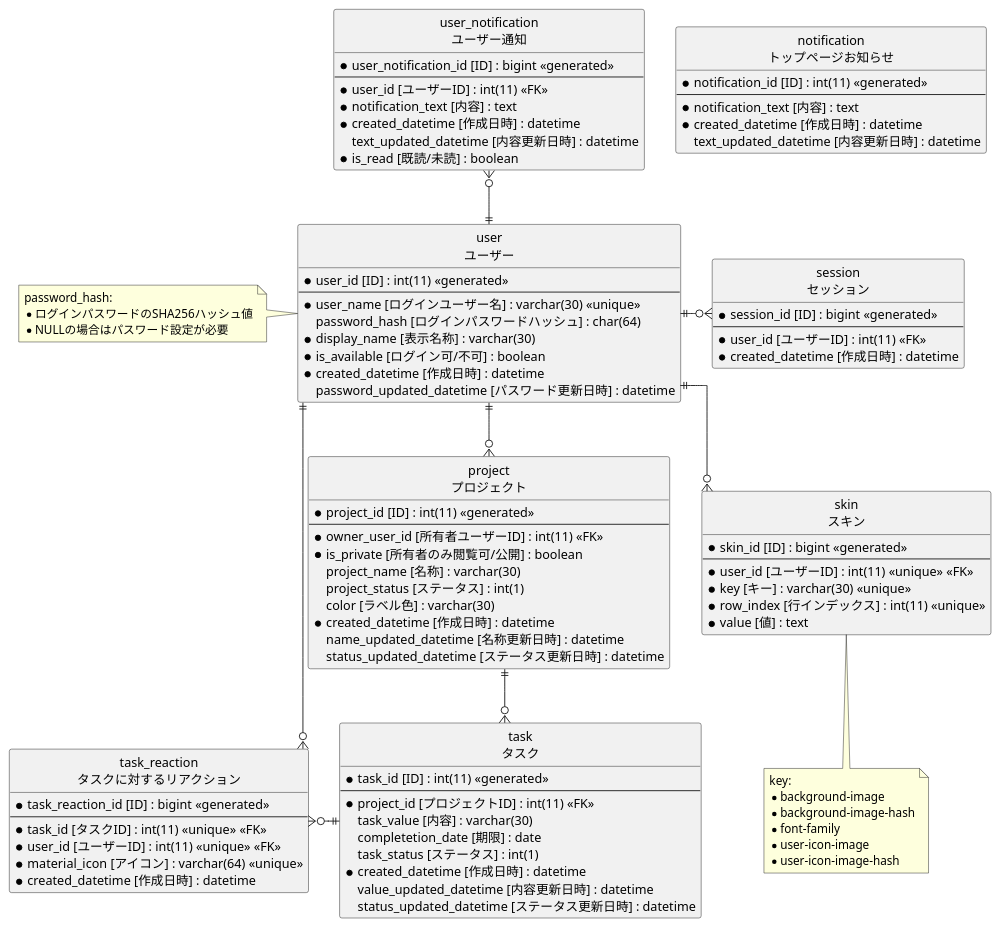
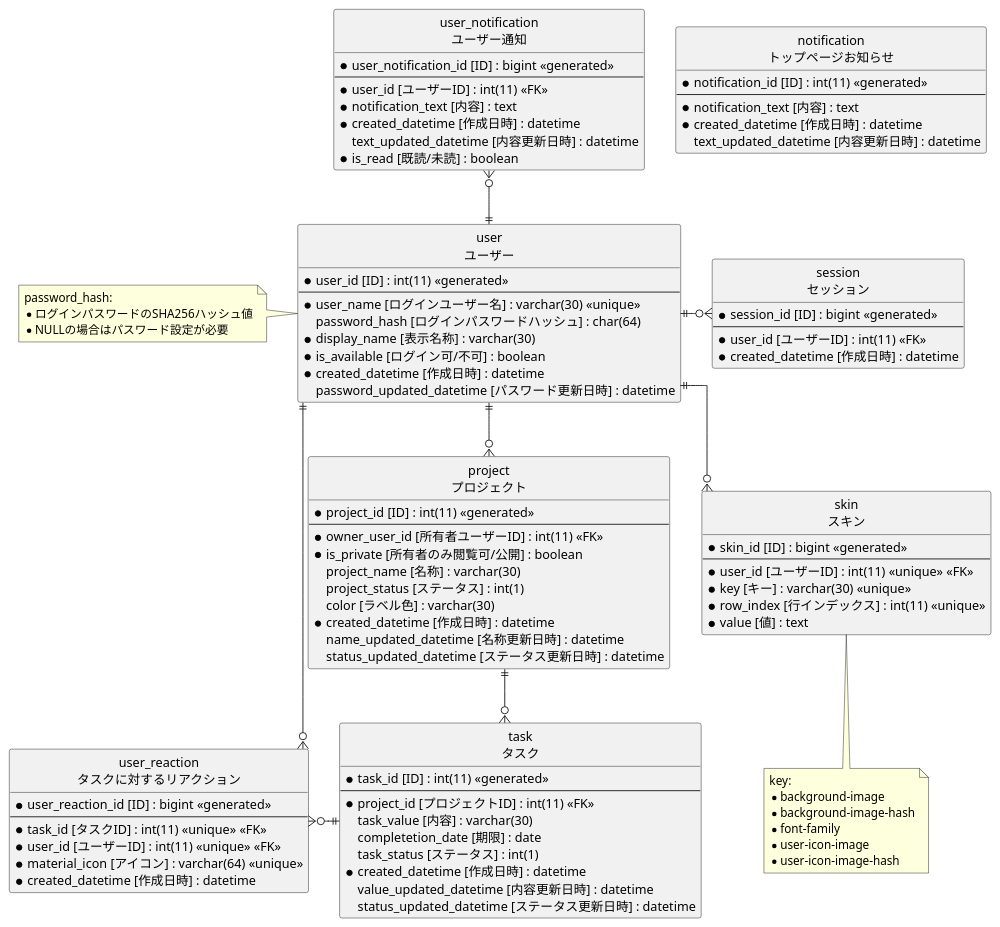
Before and after one commit to gtgjpj/todoApp: the diagram in todo/erd.puml, drawn with PlantUML. The commit also changed 1 other file, not shown here.

Commit message:
マルチユーザー対応 task_reaction→user_reaction変更

```diff
--- a/todo/erd.puml
+++ b/todo/erd.puml
@@ -1,104 +1,104 @@
 @startuml
 hide circle
 skinparam linetype ortho
 
 entity user as "user\nユーザー" {
   * user_id [ID] : int(11) <<generated>>
   --
   * user_name [ログインユーザー名] : varchar(30) <<unique>>
   password_hash [ログインパスワードハッシュ] : char(64)
   * display_name [表示名称] : varchar(30)
   * is_available [ログイン可/不可] : boolean
   * created_datetime [作成日時] : datetime
   password_updated_datetime [パスワード更新日時] : datetime
 }
 note left
   password_hash:
   * ログインパスワードのSHA256ハッシュ値
   * NULLの場合はパスワード設定が必要
 end note
 
 entity project as "project\nプロジェクト" {
   * project_id [ID] : int(11) <<generated>>
   --
   * owner_user_id [所有者ユーザーID] : int(11) <<FK>>
   * is_private [所有者のみ閲覧可/公開] : boolean
   project_name [名称] : varchar(30)
   project_status [ステータス] : int(1)
   color [ラベル色] : varchar(30)
   * created_datetime [作成日時] : datetime
   name_updated_datetime [名称更新日時] : datetime
   status_updated_datetime [ステータス更新日時] : datetime
 }
 
 entity task as "task\nタスク" {
   * task_id [ID] : int(11) <<generated>>
   --
   * project_id [プロジェクトID] : int(11) <<FK>>
   task_value [内容] : varchar(30)
   completetion_date [期限] : date
   task_status [ステータス] : int(1)
   * created_datetime [作成日時] : datetime
   value_updated_datetime [内容更新日時] : datetime
   status_updated_datetime [ステータス更新日時] : datetime
 }
 
 entity skin as "skin\nスキン" {
   * skin_id [ID] : bigint <<generated>>
   --
   * user_id [ユーザーID] : int(11) <<unique>> <<FK>>
   * key [キー] : varchar(30) <<unique>>
   * row_index [行インデックス] : int(11) <<unique>>
   * value [値] : text
 }
 note bottom
   key:
   * background-image
   * background-image-hash
   * font-family
   * user-icon-image
   * user-icon-image-hash
 end note
 
 entity session as "session\nセッション" {
   * session_id [ID] : bigint <<generated>>
   --
   * user_id [ユーザーID] : int(11) <<FK>>
   * created_datetime [作成日時] : datetime
 }
 
 entity notification as "notification\nトップページお知らせ" {
   * notification_id [ID] : int(11) <<generated>>
   --
   * notification_text [内容] : text
   * created_datetime [作成日時] : datetime
   text_updated_datetime [内容更新日時] : datetime
 }
 
 entity user_notification as "user_notification\nユーザー通知" {
   * user_notification_id [ID] : bigint <<generated>>
   --
   * user_id [ユーザーID] : int(11) <<FK>>
   * notification_text [内容] : text
   * created_datetime [作成日時] : datetime
   text_updated_datetime [内容更新日時] : datetime
   * is_read [既読/未読] : boolean
 }
 
-entity task_reaction as "task_reaction\nタスクに対するリアクション" {
-  * task_reaction_id [ID] : bigint <<generated>>
+entity user_reaction as "user_reaction\nタスクに対するリアクション" {
+  * user_reaction_id [ID] : bigint <<generated>>
   --
   * task_id [タスクID] : int(11) <<unique>> <<FK>>
   * user_id [ユーザーID] : int(11) <<unique>> <<FK>>
   * material_icon [アイコン] : varchar(64) <<unique>>
   * created_datetime [作成日時] : datetime
 }
 
 user ||-u-o{ user_notification
 user ||-r-o{ session
 user ||-d-o{ project
 user ||-d-o{ skin
 project ||-d-o{ task
-user ||-d-o{ task_reaction
-task ||-l-o{ task_reaction
+user ||-d-o{ user_reaction
+task ||-l-o{ user_reaction
 @enduml
```
